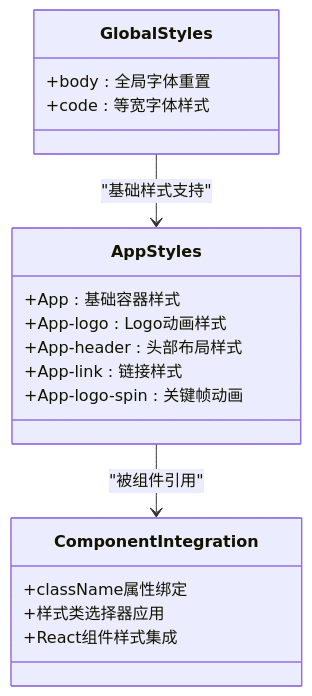
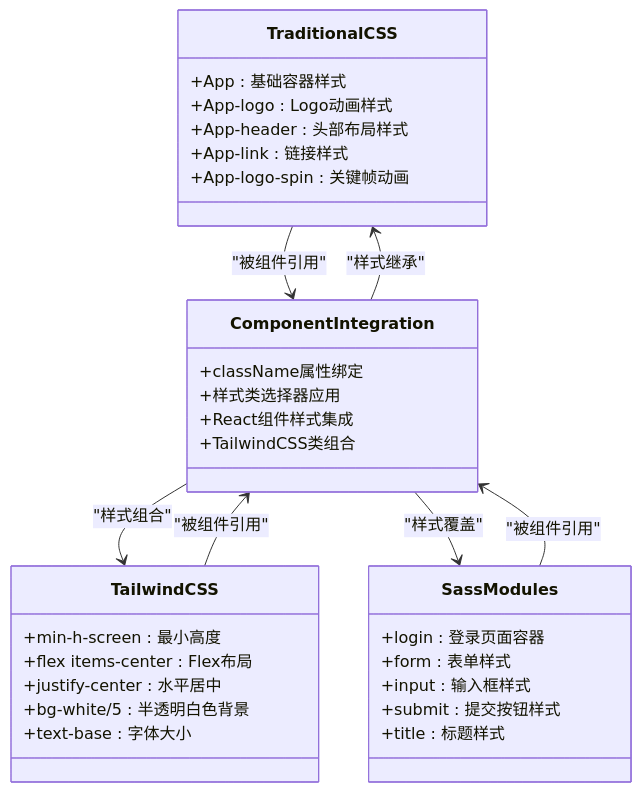
One commit to kkxxll/reactNext changed the fifth of 7 diagrams in .qoder/repowiki/zh/content/核心组件/样式系统.md. Above: the diagram before and after it, drawn with Mermaid. The commit also changed other lines of this file and 7 other files, not shown here.

````diff
--- a/.qoder/repowiki/zh/content/核心组件/样式系统.md
+++ b/.qoder/repowiki/zh/content/核心组件/样式系统.md
@@ -189,21 +255,36 @@
 ```mermaid
 classDiagram
-class AppStyles {
+class TraditionalCSS {
 +App : 基础容器样式
 +App-logo : Logo动画样式
 +App-header : 头部布局样式
 +App-link : 链接样式
 +App-logo-spin : 关键帧动画
 }
-class GlobalStyles {
-+body : 全局字体重置
-+code : 等宽字体样式
+class TailwindCSS {
++min-h-screen : 最小高度
++flex items-center : Flex布局
++justify-center : 水平居中
++bg-white/5 : 半透明白色背景
++text-base : 字体大小
+}
+class SassModules {
++login : 登录页面容器
++form : 表单样式
++input : 输入框样式
++submit : 提交按钮样式
++title : 标题样式
 }
 class ComponentIntegration {
 +className属性绑定
 +样式类选择器应用
 +React组件样式集成
++TailwindCSS类组合
 }
-AppStyles --> ComponentIntegration : "被组件引用"
-GlobalStyles --> AppStyles : "基础样式支持"
+TraditionalCSS --> ComponentIntegration : "被组件引用"
+TailwindCSS --> ComponentIntegration : "被组件引用"
+SassModules --> ComponentIntegration : "被组件引用"
+ComponentIntegration --> TraditionalCSS : "样式继承"
+ComponentIntegration --> TailwindCSS : "样式组合"
+ComponentIntegration --> SassModules : "样式覆盖"
 ```
````
